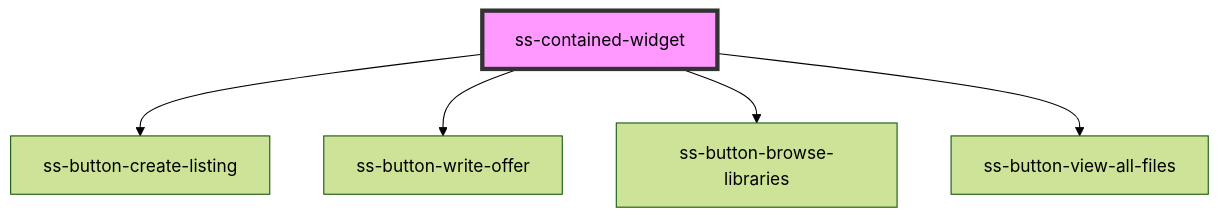
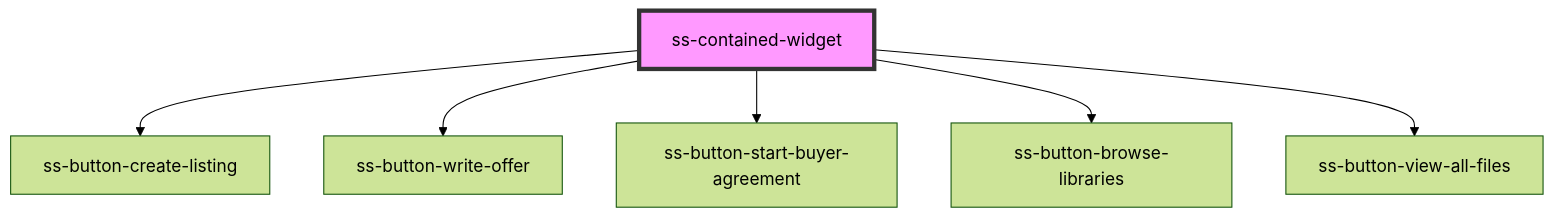
One commit to skyslope/skyslope-forms-widget changed the diagram in src/components/ss-contained-widget/readme.md. Above: the diagram before and after it, drawn with Mermaid (forest theme). The commit also changed other lines of this file and 2 other files, not shown here.

````diff
--- a/src/components/ss-contained-widget/readme.md
+++ b/src/components/ss-contained-widget/readme.md
@@ -18,8 +19,9 @@
 ```mermaid
 graph TD;
   ss-contained-widget --> ss-button-create-listing
   ss-contained-widget --> ss-button-write-offer
+  ss-contained-widget --> ss-button-start-buyer-agreement
   ss-contained-widget --> ss-button-browse-libraries
   ss-contained-widget --> ss-button-view-all-files
   style ss-contained-widget fill:#f9f,stroke:#333,stroke-width:4px
 ```
````
